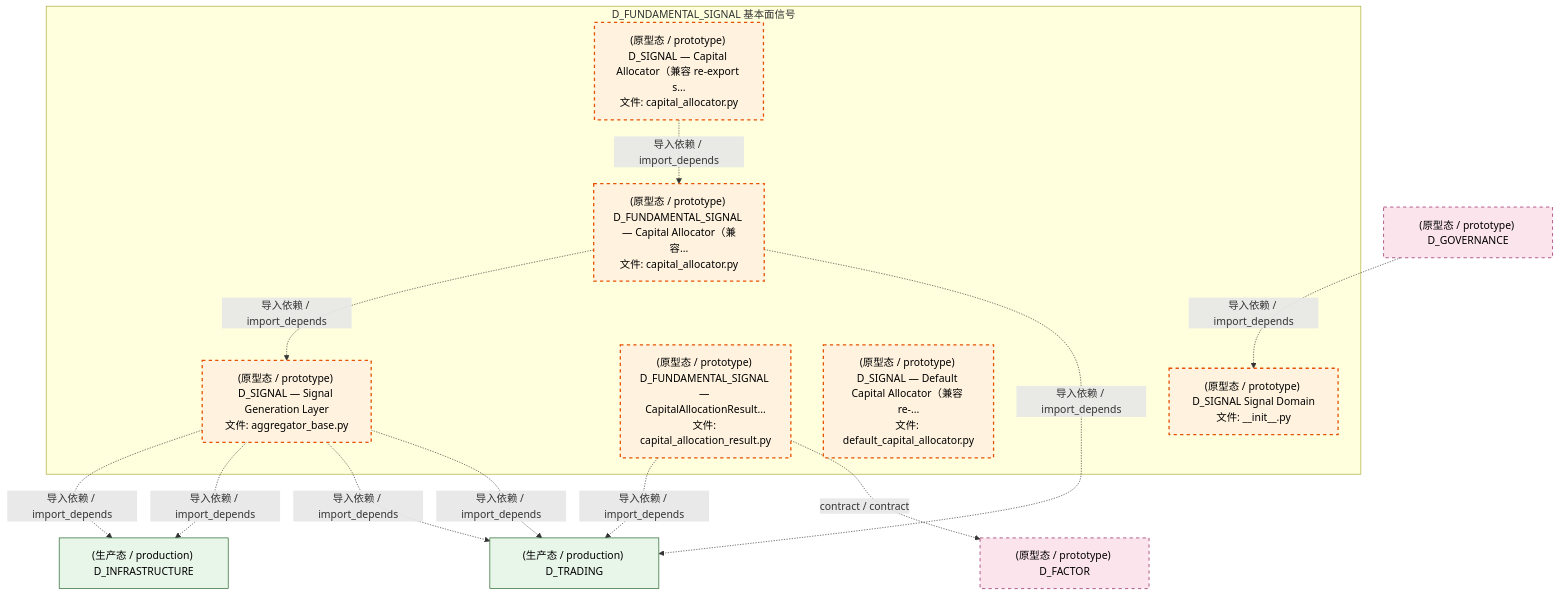
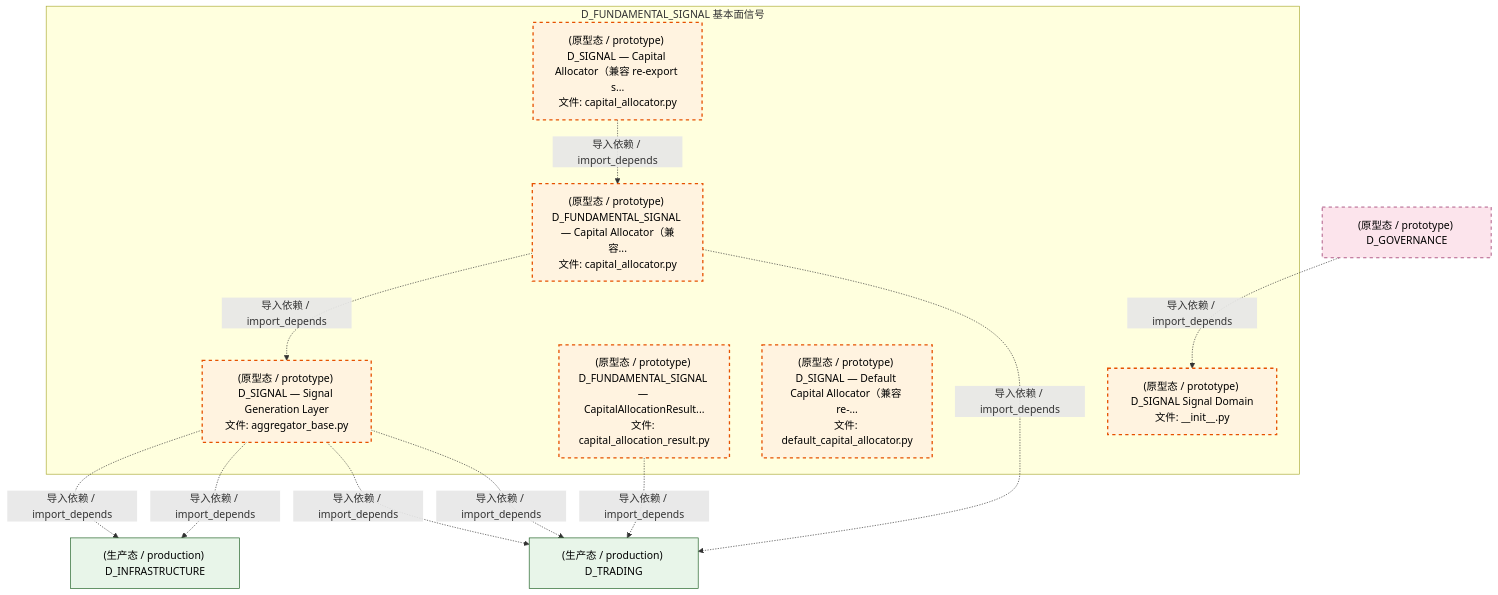
Before and after one commit to xuanFelixVan/ZephyrAlpha: the third of 4 diagrams in docs/02_enterprise_architecture/02_domain_architecture_docs/37_d_fundamental_signal.md, drawn with Mermaid. The commit also changed other lines of this file and 101 other files, not shown here.

````diff
--- a/docs/02_enterprise_architecture/02_domain_architecture_docs/37_d_fundamental_signal.md
+++ b/docs/02_enterprise_architecture/02_domain_architecture_docs/37_d_fundamental_signal.md
@@ -170,32 +171,30 @@
 ```mermaid
 graph TD
     subgraph D_FUNDAMENTAL_SIGNAL["D_FUNDAMENTAL_SIGNAL 基本面信号"]
         src_zephyr_signal_fundamental_init_py["(原型态 / prototype) D_SIGNAL Signal Domain<br/>文件: __init__.py"]
         src_zephyr_signal_fundamental_capital_capital_allocation_result_py["(原型态 / prototype) D_FUNDAMENTAL_SIGNAL — CapitalAllocationResult...<br/>文件: capital_allocation_result.py"]
         src_zephyr_signal_fundamental_capital_capital_allocator_py["(原型态 / prototype) D_SIGNAL — Capital Allocator（兼容 re-export s...<br/>文件: capital_allocator.py"]
         src_zephyr_signal_fundamental_capital_default_capital_allocator_py["(原型态 / prototype) D_SIGNAL — Default Capital Allocator（兼容 re-...<br/>文件: default_capital_allocator.py"]
         src_zephyr_signal_fundamental_gen_aggregator_base_py["(原型态 / prototype) D_SIGNAL — Signal Generation Layer<br/>文件: aggregator_base.py"]
         src_zephyr_signal_fundamental_strategy_capital_allocator_py["(原型态 / prototype) D_FUNDAMENTAL_SIGNAL — Capital Allocator（兼容...<br/>文件: capital_allocator.py"]
     end
     src_zephyr_signal_fundamental_capital_capital_allocator_py -.->|导入依赖 / import_depends| src_zephyr_signal_fundamental_strategy_capital_allocator_py
     src_zephyr_signal_fundamental_strategy_capital_allocator_py -.->|导入依赖 / import_depends| src_zephyr_signal_fundamental_gen_aggregator_base_py
     D_TRADING["(生产态 / production) D_TRADING"]
     src_zephyr_signal_fundamental_capital_capital_allocation_result_py -.->|导入依赖 / import_depends| D_TRADING
-    D_FACTOR["(原型态 / prototype) D_FACTOR"]
-    src_zephyr_signal_fundamental_capital_capital_allocation_result_py -.->|contract / contract| D_FACTOR
     D_INFRASTRUCTURE["(生产态 / production) D_INFRASTRUCTURE"]
     src_zephyr_signal_fundamental_gen_aggregator_base_py -.->|导入依赖 / import_depends| D_INFRASTRUCTURE
     src_zephyr_signal_fundamental_gen_aggregator_base_py -.->|导入依赖 / import_depends| D_INFRASTRUCTURE
     src_zephyr_signal_fundamental_gen_aggregator_base_py -.->|导入依赖 / import_depends| D_TRADING
     src_zephyr_signal_fundamental_gen_aggregator_base_py -.->|导入依赖 / import_depends| D_TRADING
     src_zephyr_signal_fundamental_strategy_capital_allocator_py -.->|导入依赖 / import_depends| D_TRADING
     D_GOVERNANCE["(原型态 / prototype) D_GOVERNANCE"]
     D_GOVERNANCE -.->|导入依赖 / import_depends| src_zephyr_signal_fundamental_init_py
     classDef production fill:#e1f5fe,stroke:#01579b,stroke-width:2px,color:#000
     classDef design fill:#fff3e0,stroke:#e65100,stroke-width:2px,color:#000,stroke-dasharray: 5 5
     classDef external_prod fill:#e8f5e9,stroke:#1b5e20,stroke-width:1px,color:#000
     classDef external_design fill:#fce4ec,stroke:#880e4f,stroke-width:1px,color:#000,stroke-dasharray: 5 5
     class src_zephyr_signal_fundamental_init_py,src_zephyr_signal_fundamental_capital_capital_allocation_result_py,src_zephyr_signal_fundamental_capital_capital_allocator_py,src_zephyr_signal_fundamental_capital_default_capital_allocator_py,src_zephyr_signal_fundamental_gen_aggregator_base_py,src_zephyr_signal_fundamental_strategy_capital_allocator_py design
     class D_TRADING,D_INFRASTRUCTURE external_prod
-    class D_FACTOR,D_GOVERNANCE external_design
+    class D_GOVERNANCE external_design
 ```
````
